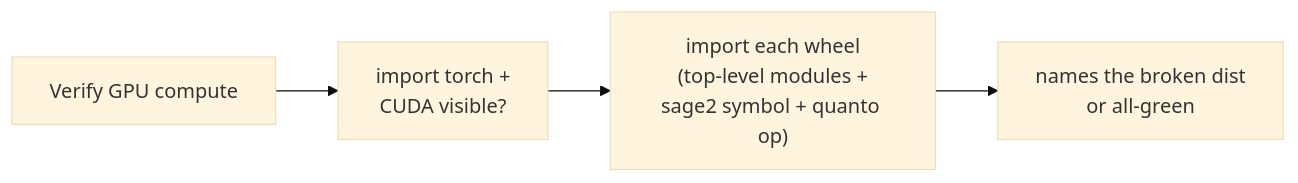
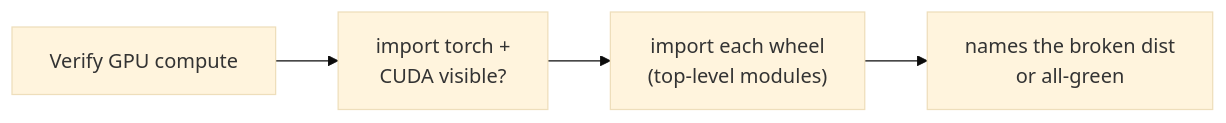
Before and after one commit to GKartist75/Wan2GP-Desktop-Tauri: the third of 5 diagrams in docs/OVERVIEW.md, drawn with Mermaid (base theme).

Commit message:
docs: fix verify diagram labels (single-line)

````diff
--- a/docs/OVERVIEW.md
+++ b/docs/OVERVIEW.md
@@ -93,7 +93,6 @@
 ```mermaid
 flowchart LR
     T["Verify GPU compute"] --> I["import torch +\nCUDA visible?"]
-    I --> K["import each wheel\n(top-level modules +
-sage2 symbol + quanto op)"]
+    I --> K["import each wheel\n(top-level modules)"]
     K --> R["names the broken dist\nor all-green"]
 ```
````
